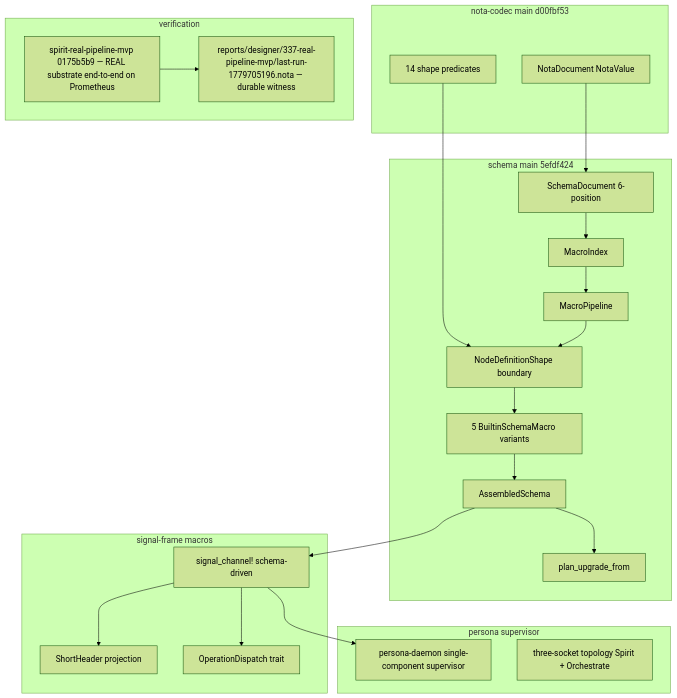
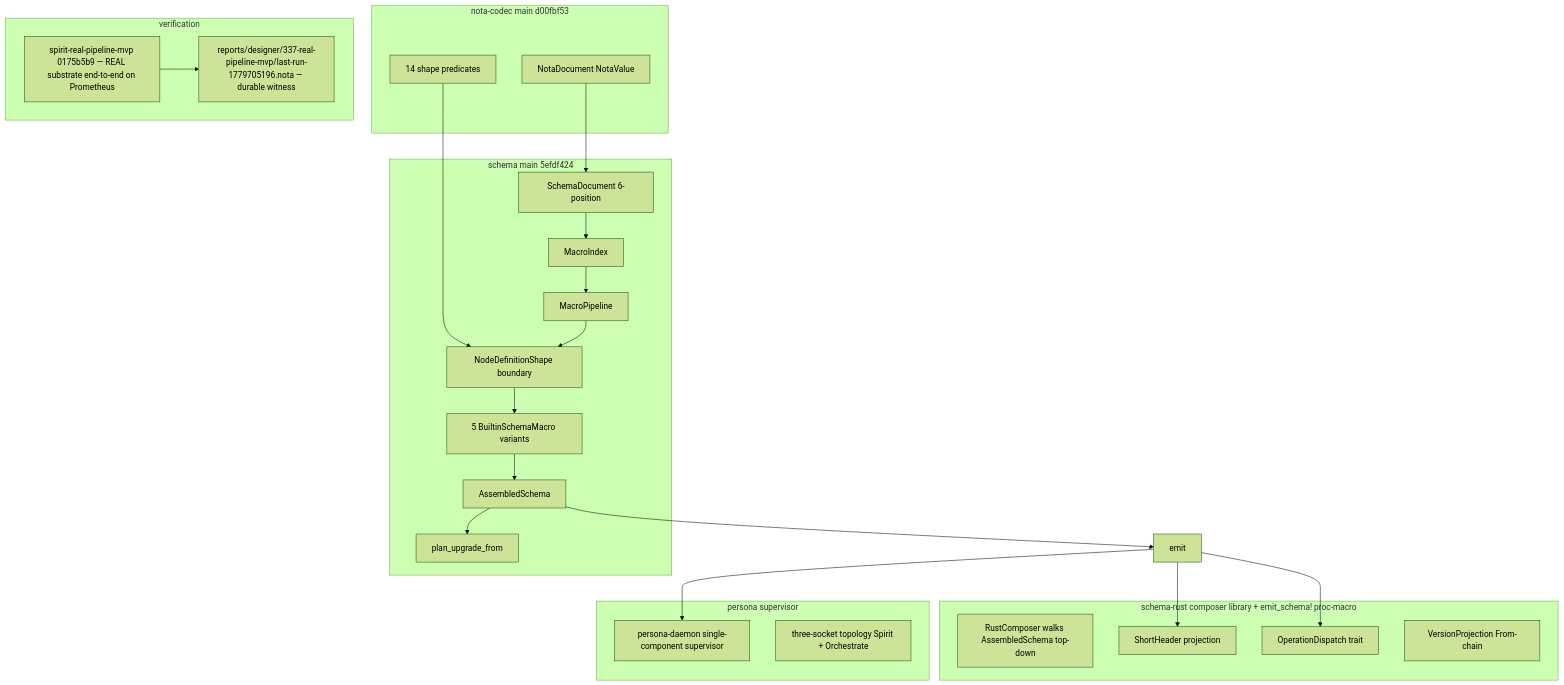
The second of 2 diagrams in reports/designer/338-schema-engine-refreshed-vision-2026-05-25.md (LiGoldragon/primary), drawn with Mermaid (forest theme) before and after one commit. The commit also changed other lines of this file and 1 other file, not shown here.

First line of the commit message:
/338 update: schema-rust composer + emit_schema! proc-macro names; signal-frame/macros deletion is the plan

````diff
--- a/reports/designer/338-schema-engine-refreshed-vision-2026-05-25.md
+++ b/reports/designer/338-schema-engine-refreshed-vision-2026-05-25.md
@@ -228,47 +230,48 @@
 ```mermaid
 flowchart TB
     subgraph nota[nota-codec main d00fbf53]
         nv[NotaDocument NotaValue]
         shapes[14 shape predicates]
     end
 
     subgraph schema_repo[schema main 5efdf424]
         doc[SchemaDocument 6-position]
         idx[MacroIndex]
         pipeline[MacroPipeline]
         node_shape[NodeDefinitionShape boundary]
         builtins[5 BuiltinSchemaMacro variants]
         assembled[AssembledSchema]
         plan_upgrade[plan_upgrade_from]
     end
 
-    subgraph emission[signal-frame macros]
-        emit[signal_channel! schema-driven]
+    subgraph emission[schema-rust composer library + emit_schema! proc-macro]
+        composer[RustComposer walks AssembledSchema top-down]
         short_header[ShortHeader projection]
         dispatch[OperationDispatch trait]
+        upgrade[VersionProjection From-chain]
     end
 
     subgraph runtime[persona supervisor]
         supervisor[persona-daemon single-component supervisor]
         socket3[three-socket topology Spirit + Orchestrate]
     end
 
     subgraph test[verification]
         real_mvp[spirit-real-pipeline-mvp 0175b5b9 — REAL substrate end-to-end on Prometheus]
         last_run[reports/designer/337-real-pipeline-mvp/last-run-1779705196.nota — durable witness]
     end
 
     nv --> doc
     shapes --> node_shape
     doc --> idx
     idx --> pipeline
     pipeline --> node_shape
     node_shape --> builtins
     builtins --> assembled
     assembled --> plan_upgrade
     assembled --> emit
     emit --> short_header
     emit --> dispatch
     emit --> supervisor
     real_mvp --> last_run
 ```
````
